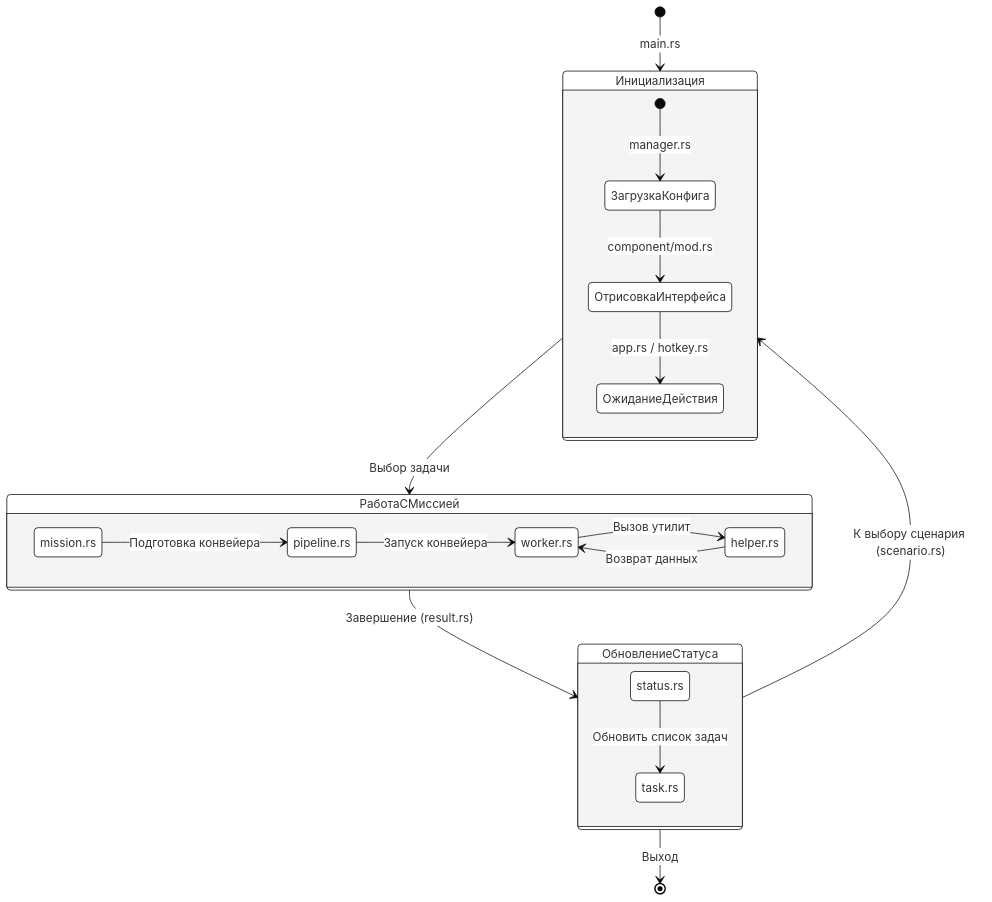
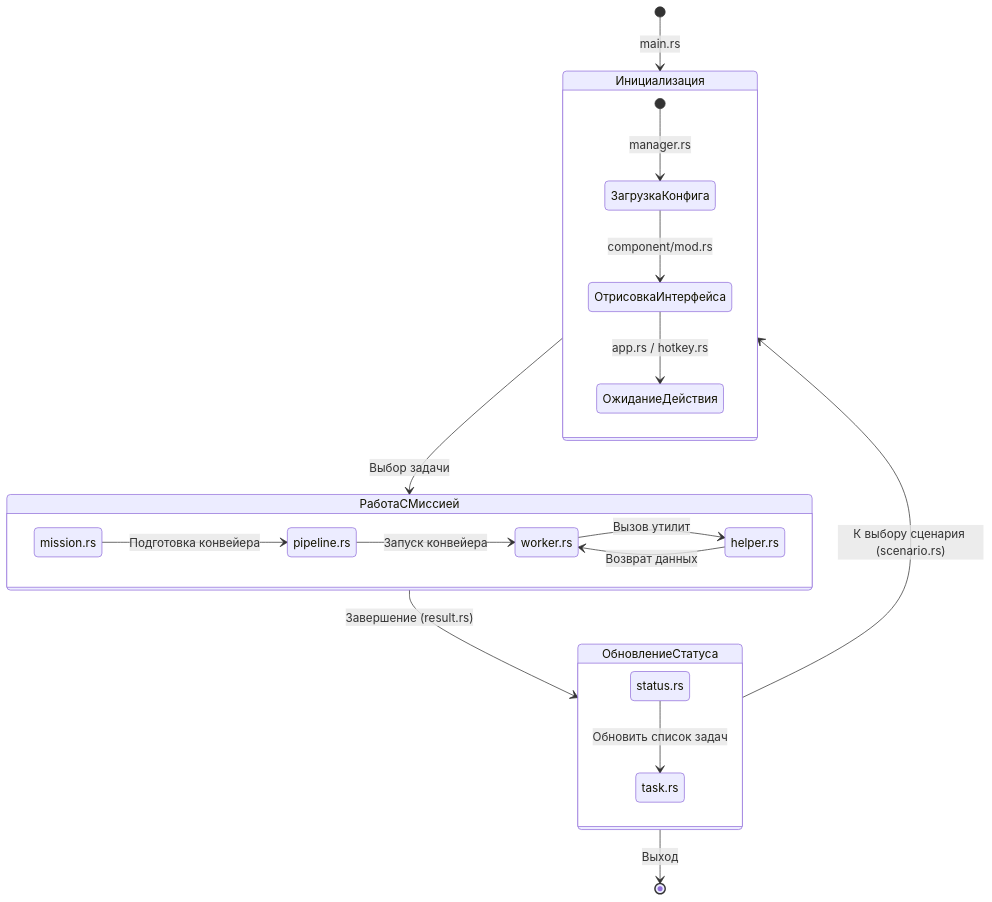
Before and after one commit to CHSU-scenarAIst/diagrammy: the diagram in 6. Граф диалога.md, drawn with Mermaid. The commit also changed 26 other files, not shown here.

````diff
--- a/6. Граф диалога.md
+++ b/6. Граф диалога.md
@@ -3,40 +3,31 @@
 ```mermaid
-%%{init: {
-  'theme': 'base',
-  'themeVariables': {
-    'primaryColor': '#fff',
-    'primaryBorderColor': '#000',
-    'fontSize': '16px',
-    'activationBorderColor': '#000'
-  }
-}}%%
 stateDiagram-v2
     [*] --> Инициализация: main.rs
 
     state Инициализация {
         direction TB
         [*] --> ЗагрузкаКонфига: manager.rs
         ЗагрузкаКонфига --> ОтрисовкаИнтерфейса: component/mod.rs
         ОтрисовкаИнтерфейса --> ОжиданиеДействия: app.rs / hotkey.rs
     }
 
     Инициализация --> РаботаСМиссией: Выбор задачи
 
     state РаботаСМиссией {
         direction LR
         mission.rs --> pipeline.rs: Подготовка конвейера
         pipeline.rs --> worker.rs: Запуск конвейера
         worker.rs --> helper.rs: Вызов утилит
         helper.rs --> worker.rs: Возврат данных
     }
 
     РаботаСМиссией --> ОбновлениеСтатуса: Завершение (result.rs)
 
     state ОбновлениеСтатуса {
         status.rs --> task.rs: Обновить список задач
     }
 
     ОбновлениеСтатуса --> Инициализация: К выбору сценария (scenario.rs)
     ОбновлениеСтатуса --> [*]: Выход
 
 ```
````
